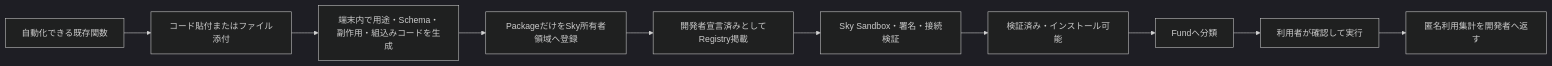
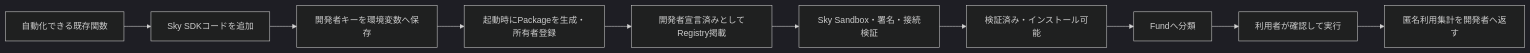
One commit to k999ln/rock changed the diagram in docs/sky-tool-sdk.md. Above: the diagram before and after it, drawn with Mermaid (dark theme). The commit also changed other lines of this file and 12 other files, not shown here.

````diff
--- a/docs/sky-tool-sdk.md
+++ b/docs/sky-tool-sdk.md
@@ -13,12 +13,12 @@
 ```mermaid
 flowchart LR
-  I[自動化できる既存関数] --> T[コード貼付またはファイル添付]
-  T --> D[端末内で用途・Schema・副作用・組込みコードを生成]
-  D --> R[PackageだけをSky所有者領域へ登録]
+  I[自動化できる既存関数] --> T[Sky SDKコードを追加]
+  T --> D[開発者キーを環境変数へ保存]
+  D --> R[起動時にPackageを生成・所有者登録]
   R --> P[開発者宣言済みとしてRegistry掲載]
   P --> V[Sky Sandbox・署名・接続検証]
   V --> A[検証済み・インストール可能]
   A --> F[Fundへ分類]
   F --> U[利用者が確認して実行]
   U --> M[匿名利用集計を開発者へ返す]
 ```
````
